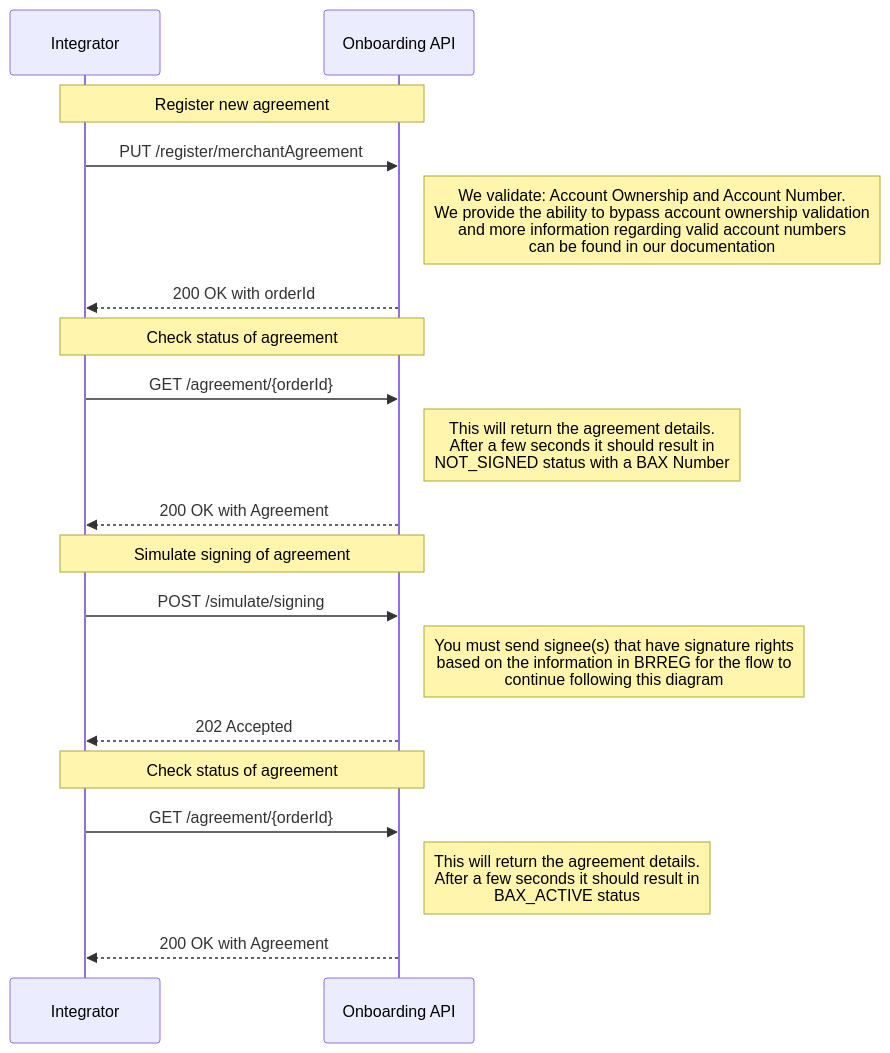
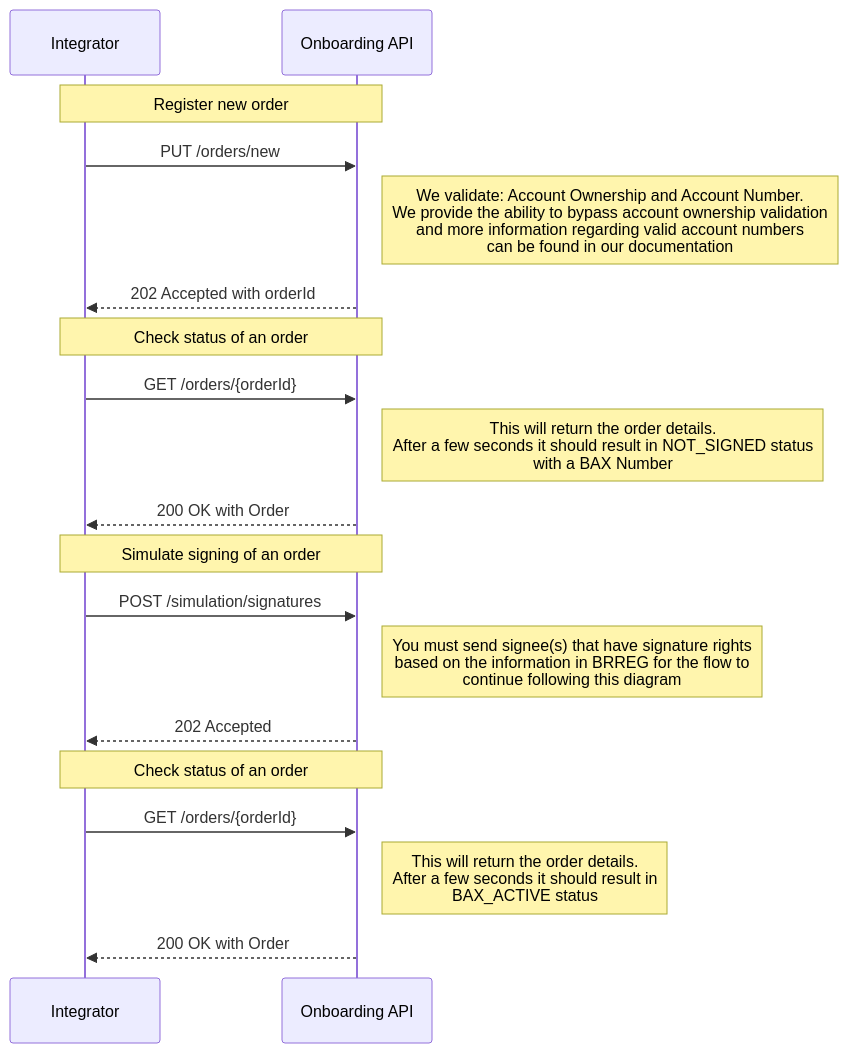
The first of 3 diagrams in docs/test_flows.md (BankAxept/bankaxept-onboarding-external-documentation), drawn with Mermaid before and after one commit. The commit also changed other lines of this file and 3 other files, not shown here.

````diff
--- a/docs/test_flows.md
+++ b/docs/test_flows.md
@@ -5,25 +5,25 @@
 ```mermaid
 sequenceDiagram
 participant I as Integrator
 participant O as Onboarding API
 
-note over I, O: Register new agreement
-I ->> O: PUT /register/merchantAgreement
+note over I, O: Register new order
+I ->> O: PUT /orders/new
 note right of O: We validate: Account Ownership and Account Number. <br/> We provide the ability to bypass account ownership validation <br/> and more information regarding valid account numbers <br/> can be found in our documentation
-O -->> I: 200 OK with orderId
+O -->> I: 202 Accepted with orderId
 
-note over I, O: Check status of agreement
-I ->> O: GET /agreement/{orderId}
-note right of O: This will return the agreement details. <br/> After a few seconds it should result in <br/> NOT_SIGNED status with a BAX Number
-O -->> I: 200 OK with Agreement
+note over I, O: Check status of an order
+I ->> O : GET /orders/{orderId}
+note right of O: This will return the order details. <br/> After a few seconds it should result in NOT_SIGNED status <br/> with a BAX Number
+O -->> I: 200 OK with Order
 
-note over I, O: Simulate signing of agreement
-I ->> O: POST /simulate/signing
+note over I, O: Simulate signing of an order
+I ->> O: POST /simulation/signatures
 note right of O: You must send signee(s) that have signature rights <br/> based on the information in BRREG for the flow to <br/> continue following this diagram
 O -->> I: 202 Accepted
 
-note over I, O: Check status of agreement
-I ->> O: GET /agreement/{orderId}
-note right of O: This will return the agreement details. <br/> After a few seconds it should result in <br/> BAX_ACTIVE status
-O -->> I: 200 OK with Agreement
+note over I, O: Check status of an order
+I ->> O : GET /orders/{orderId}
+note right of O: This will return the order details. <br/> After a few seconds it should result in <br/> BAX_ACTIVE status
+O -->> I: 200 OK with Order
 ```
````
